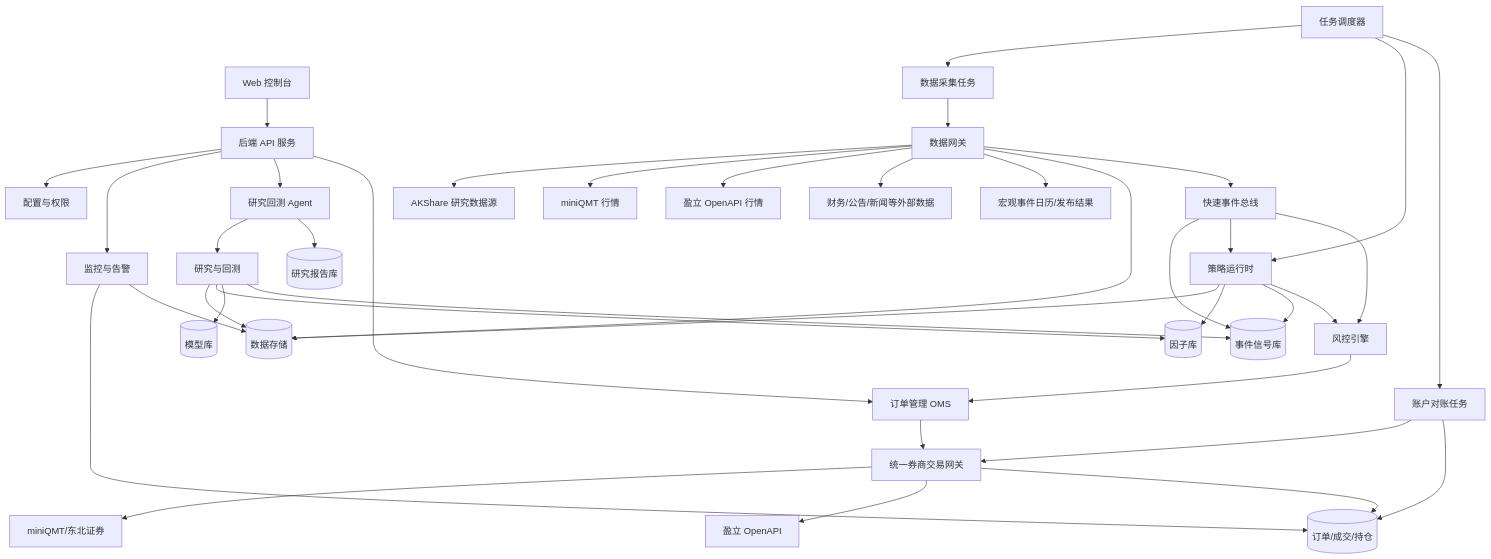
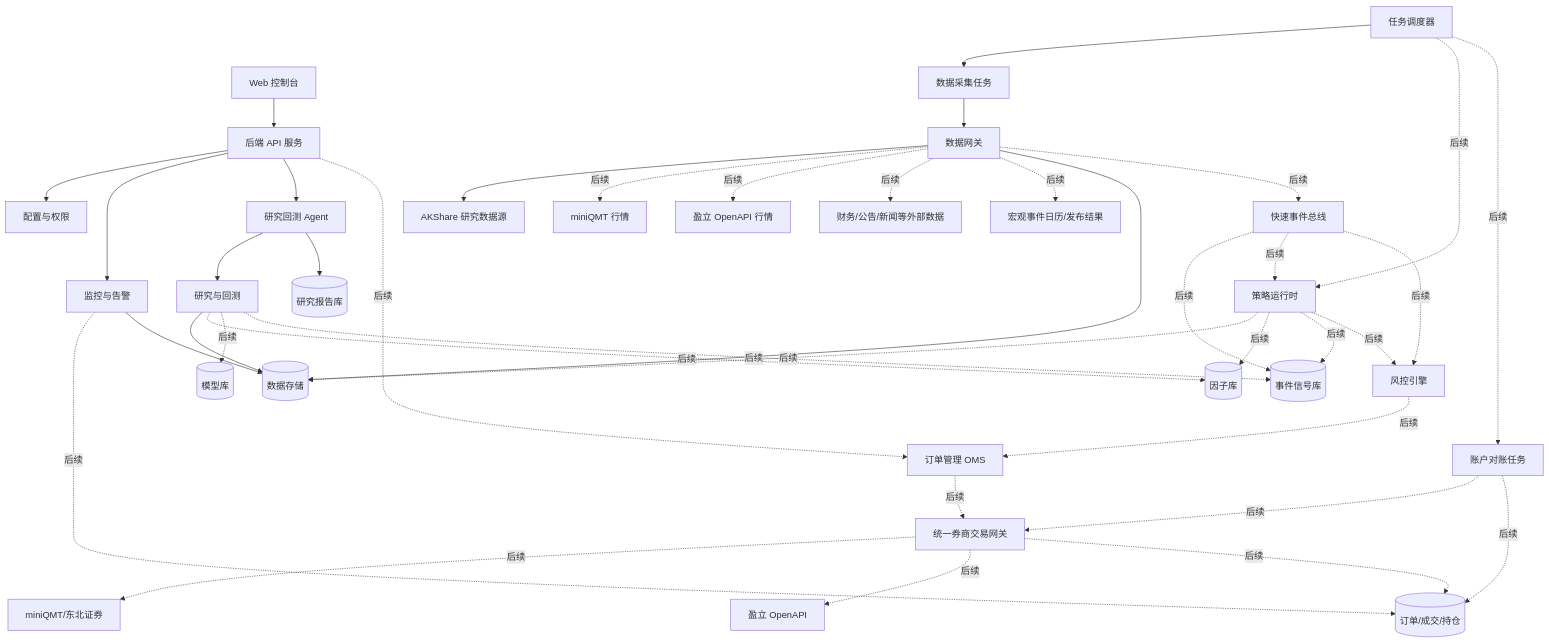
Before and after one commit to lyty1997/Augur_Maestro: the second of 8 diagrams in docs/01-architecture.md, drawn with Mermaid. The commit also changed other lines of this file and 11 other files, not shown here.

````diff
--- a/docs/01-architecture.md
+++ b/docs/01-architecture.md
@@ -45,47 +107,47 @@
 ```mermaid
 flowchart TB
     UI[Web 控制台] --> API[后端 API 服务]
     API --> Config[配置与权限]
     API --> Monitor[监控与告警]
     API --> ResearchAgent[研究回测 Agent]
-    API --> OMS[订单管理 OMS]
+    API -.后续.-> OMS[订单管理 OMS]
 
     Scheduler[任务调度器] --> DataJobs[数据采集任务]
-    Scheduler --> StrategyRuntime[策略运行时]
-    Scheduler --> Reconcile[账户对账任务]
+    Scheduler -.后续.-> StrategyRuntime[策略运行时]
+    Scheduler -.后续.-> Reconcile[账户对账任务]
 
     DataJobs --> DataGateway[数据网关]
     DataGateway --> AkShareData[AKShare 研究数据源]
-    DataGateway --> MiniQMTData[miniQMT 行情]
-    DataGateway --> YingLiData[盈立 OpenAPI 行情]
-    DataGateway --> ExternalData[财务/公告/新闻等外部数据]
-    DataGateway --> MacroEvents[宏观事件日历/发布结果]
+    DataGateway -.后续.-> MiniQMTData[miniQMT 行情]
+    DataGateway -.后续.-> YingLiData[盈立 OpenAPI 行情]
+    DataGateway -.后续.-> ExternalData[财务/公告/新闻等外部数据]
+    DataGateway -.后续.-> MacroEvents[宏观事件日历/发布结果]
     DataGateway --> DataStore[(数据存储)]
-    DataGateway --> FastEventBus[快速事件总线]
+    DataGateway -.后续.-> FastEventBus[快速事件总线]
 
     ResearchAgent --> Research[研究与回测]
     ResearchAgent --> ReportStore[(研究报告库)]
     Research --> DataStore
-    Research --> FactorStore[(因子库)]
-    Research --> ModelStore[(模型库)]
-    Research --> EventSignalStore[(事件信号库)]
+    Research -.后续.-> FactorStore[(因子库)]
+    Research -.后续.-> ModelStore[(模型库)]
+    Research -.后续.-> EventSignalStore[(事件信号库)]
 
-    FastEventBus --> EventSignalStore
-    FastEventBus --> StrategyRuntime
-    FastEventBus --> Risk
-    StrategyRuntime --> DataStore
-    StrategyRuntime --> FactorStore
-    StrategyRuntime --> EventSignalStore
-    StrategyRuntime --> Risk[风控引擎]
-    Risk --> OMS
+    FastEventBus -.后续.-> EventSignalStore
+    FastEventBus -.后续.-> StrategyRuntime
+    FastEventBus -.后续.-> Risk
+    StrategyRuntime -.后续.-> DataStore
+    StrategyRuntime -.后续.-> FactorStore
+    StrategyRuntime -.后续.-> EventSignalStore
+    StrategyRuntime -.后续.-> Risk[风控引擎]
+    Risk -.后续.-> OMS
 
-    OMS --> BrokerGateway[统一券商交易网关]
-    BrokerGateway --> MiniQMTTrade[miniQMT/东北证券]
-    BrokerGateway --> YingLiTrade[盈立 OpenAPI]
-    BrokerGateway --> OrderStore[(订单/成交/持仓)]
+    OMS -.后续.-> BrokerGateway[统一券商交易网关]
+    BrokerGateway -.后续.-> MiniQMTTrade[miniQMT/东北证券]
+    BrokerGateway -.后续.-> YingLiTrade[盈立 OpenAPI]
+    BrokerGateway -.后续.-> OrderStore[(订单/成交/持仓)]
 
-    Reconcile --> BrokerGateway
-    Reconcile --> OrderStore
-    Monitor --> OrderStore
+    Reconcile -.后续.-> BrokerGateway
+    Reconcile -.后续.-> OrderStore
+    Monitor -.后续.-> OrderStore
     Monitor --> DataStore
 ```
````
